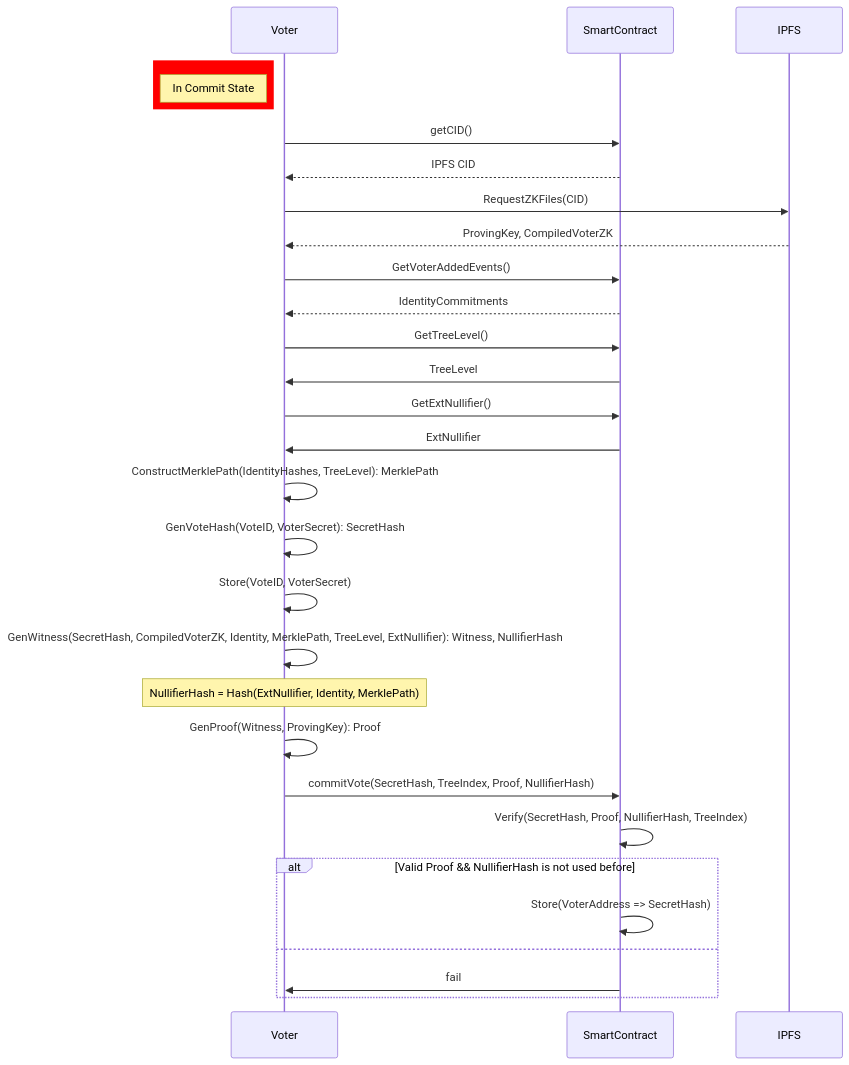
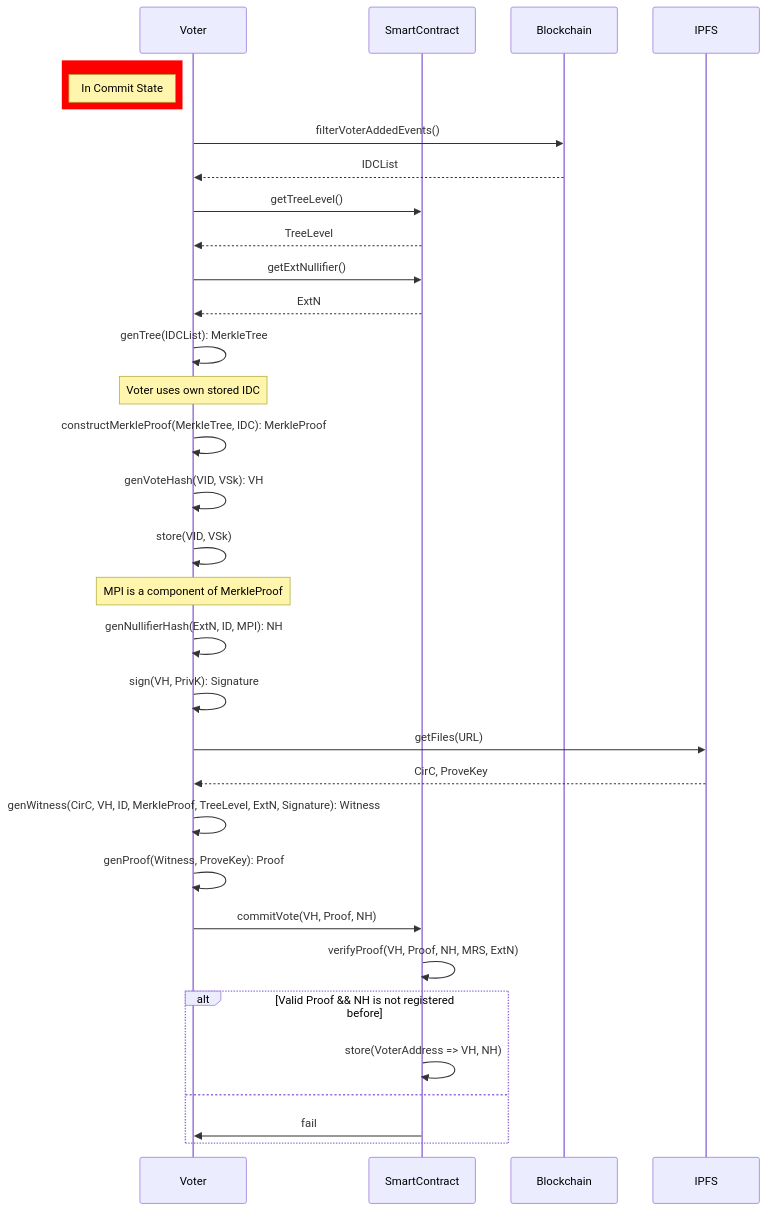
Before and after one commit to ceyonur/electanon: the diagram in docs/flows/basic/commit-vote.mmd, drawn with Mermaid. The commit also changed 145 other files, not shown here.

```diff
--- a/docs/flows/basic/commit-vote.mmd
+++ b/docs/flows/basic/commit-vote.mmd
@@ -1,30 +1,31 @@
 sequenceDiagram
 participant Voter
 rect rgb(255, 0, 0)
 note left of Voter: In Commit State
 end
 participant SC as SmartContract
-participant IPFS
-Voter->>SC: getCID()
-SC -->> Voter: IPFS CID
-Voter->>IPFS: RequestZKFiles(CID)
-IPFS-->>Voter: ProvingKey, CompiledVoterZK
-Voter->>SC: GetVoterAddedEvents()
-SC-->>Voter: IdentityCommitments
-Voter->>SC: GetTreeLevel()
-SC ->> Voter: TreeLevel
-Voter->>SC: GetExtNullifier()
-SC->>Voter: ExtNullifier
-Voter->>Voter: ConstructMerklePath(IdentityHashes, TreeLevel): MerklePath
-Voter->>Voter: GenVoteHash(VoteID, VoterSecret): SecretHash
-Voter->>Voter: Store(VoteID, VoterSecret)
-Voter->>Voter: GenWitness(SecretHash, CompiledVoterZK, Identity, MerklePath, TreeLevel, ExtNullifier): Witness, NullifierHash
-Note over Voter,Voter: NullifierHash = Hash(ExtNullifier, Identity, MerklePath)
-Voter->>Voter: GenProof(Witness, ProvingKey): Proof
-Voter->>SC: commitVote(SecretHash, TreeIndex, Proof, NullifierHash)
-SC->>SC: Verify(SecretHash, Proof, NullifierHash, TreeIndex)
-alt Valid Proof && NullifierHash is not used before
-  SC ->>SC:Store(VoterAddress => SecretHash)
+Voter->>Blockchain: filterVoterAddedEvents()
+Blockchain-->>Voter: IDCList
+Voter->>SC: getTreeLevel()
+SC-->>Voter: TreeLevel
+Voter->>SC: getExtNullifier()
+SC-->>Voter: ExtN
+Voter->>Voter: genTree(IDCList): MerkleTree
+Note over Voter,Voter: Voter uses own stored IDC
+Voter->>Voter: constructMerkleProof(MerkleTree, IDC): MerkleProof
+Voter->>Voter: genVoteHash(VID, VSk): VH
+Voter->>Voter: store(VID, VSk)
+Note over Voter: MPI is a component of MerkleProof
+Voter->>Voter: genNullifierHash(ExtN, ID, MPI): NH
+Voter ->>Voter: sign(VH, PrivK): Signature
+Voter ->> IPFS: getFiles(URL)
+IPFS -->> Voter: CirC, ProveKey
+Voter->>Voter: genWitness(CirC, VH, ID, MerkleProof, TreeLevel, ExtN, Signature): Witness
+Voter->>Voter: genProof(Witness, ProveKey): Proof
+Voter->>SC: commitVote(VH, Proof, NH)
+SC->>SC: verifyProof(VH, Proof, NH, MRS, ExtN)
+alt Valid Proof && NH is not registered before
+  SC->>SC:store(VoterAddress => VH, NH)
 else
   SC->>Voter: fail
 end
```
